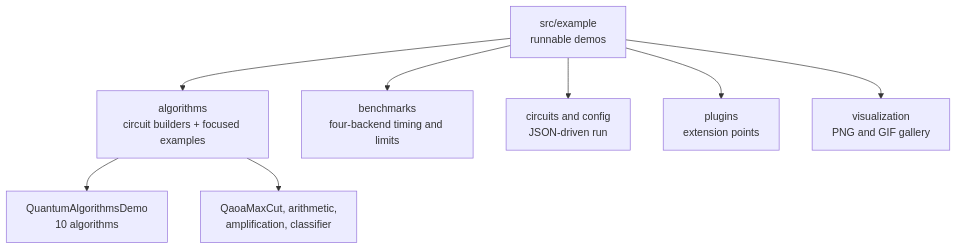
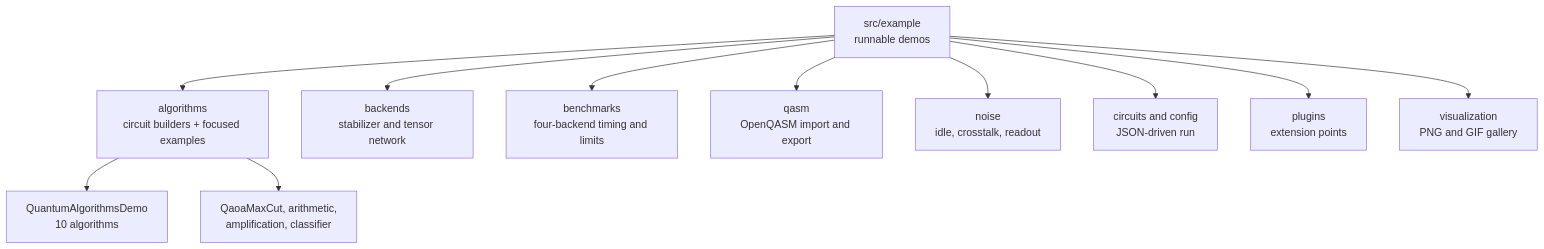
One commit to CharafeddineMechalikh/QForge changed the diagram in src/example/README.md. Above: the diagram before and after it, drawn with Mermaid. The commit also changed other lines of this file and 17 other files, not shown here.

Commit message:
Add QASM, device-noise and backend examples, and skip dense metrics for large MPS states

````diff
--- a/src/example/README.md
+++ b/src/example/README.md
@@ -16,10 +16,13 @@
 ```mermaid
 flowchart TD
     TOP["src/example<br/>runnable demos"] --> ALG["algorithms<br/>circuit builders + focused examples"]
+    TOP --> BACK["backends<br/>stabilizer and tensor network"]
     TOP --> BENCH["benchmarks<br/>four-backend timing and limits"]
+    TOP --> QASM["qasm<br/>OpenQASM import and export"]
+    TOP --> NOISE["noise<br/>idle, crosstalk, readout"]
     TOP --> JSON["circuits and config<br/>JSON-driven run"]
     TOP --> PLUG["plugins<br/>extension points"]
     TOP --> VIZ["visualization<br/>PNG and GIF gallery"]
     ALG --> DEMO["QuantumAlgorithmsDemo<br/>10 algorithms"]
     ALG --> STAND["QaoaMaxCut, arithmetic,<br/>amplification, classifier"]
 ```
````
